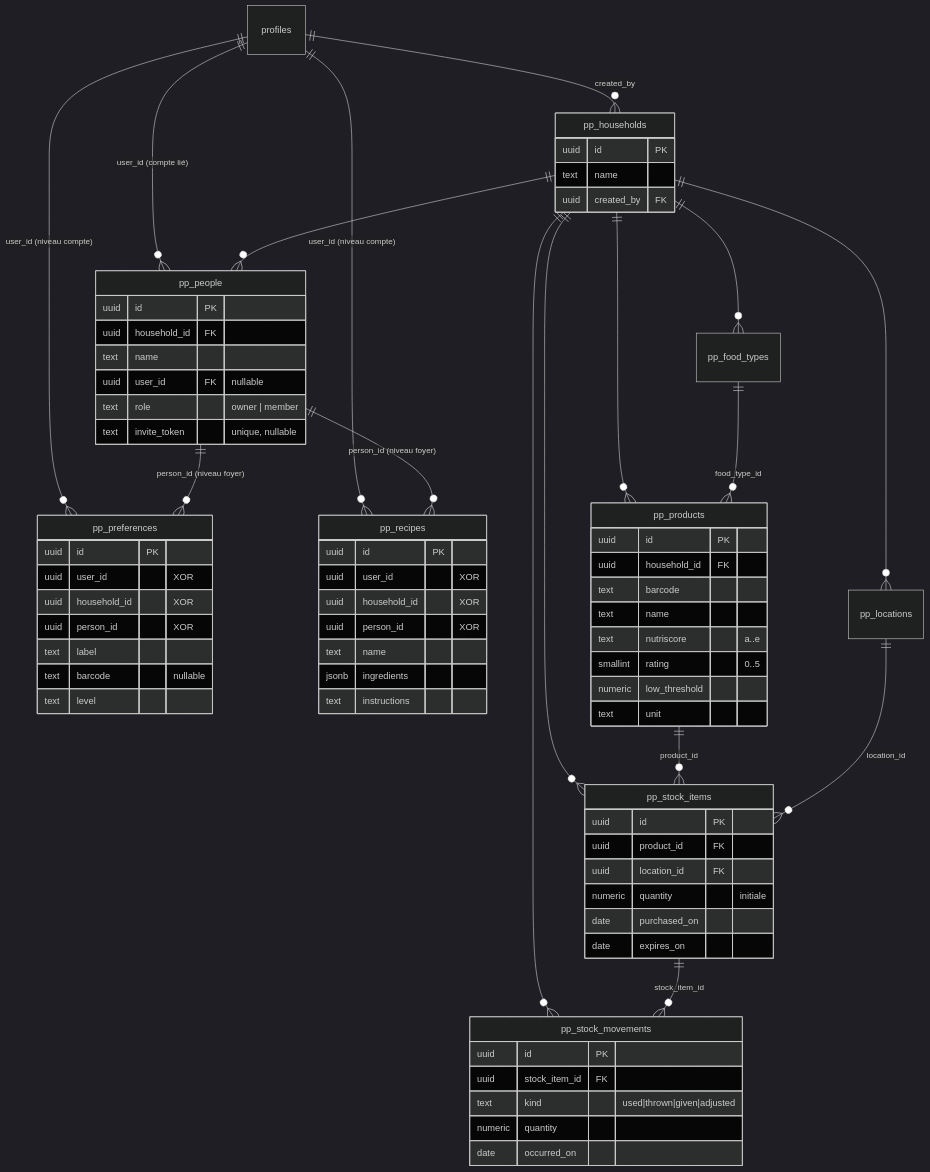
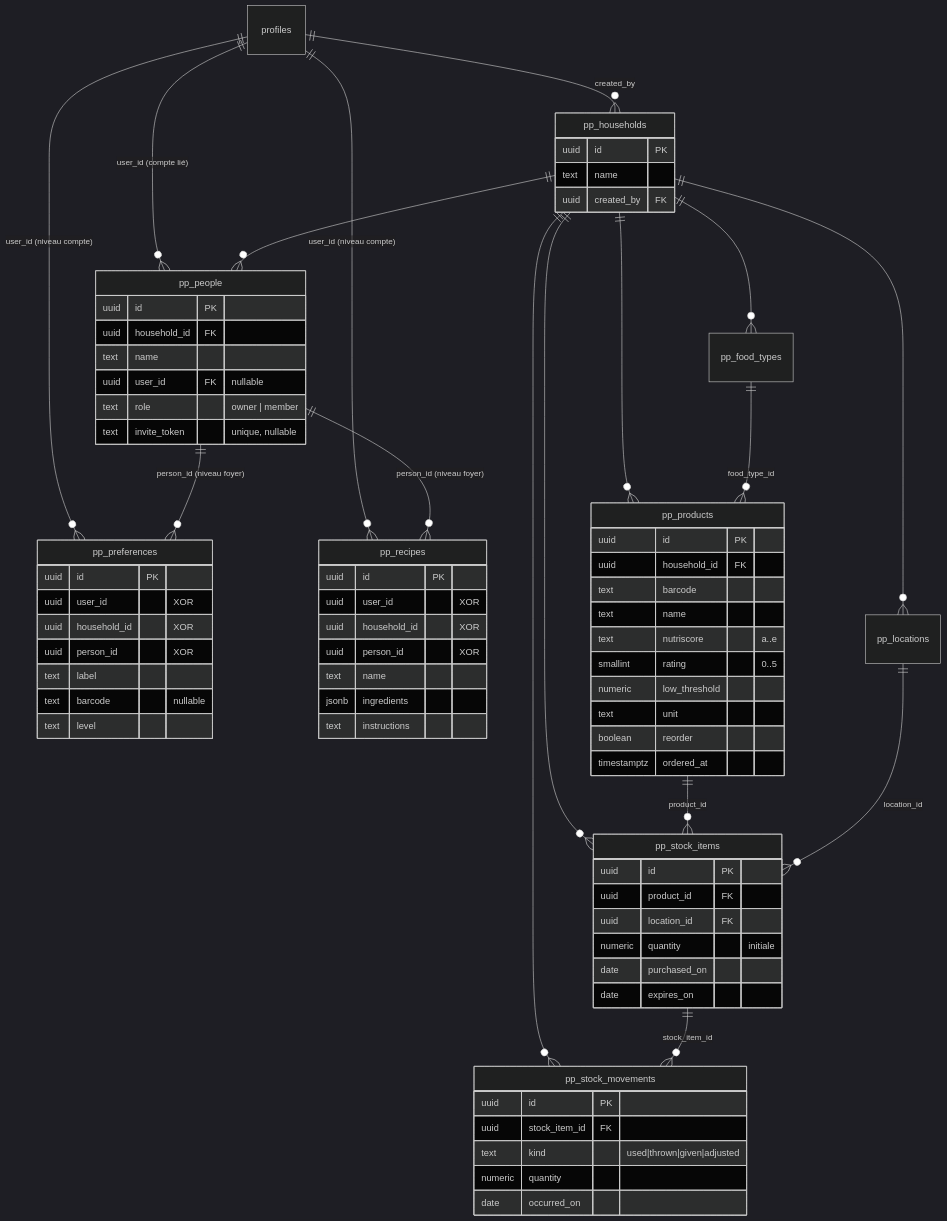
Before and after one commit to Jabbalh/PopotteEtPlacard: the diagram in docs/base-de-donnees.md, drawn with Mermaid (dark theme). The commit also changed other lines of this file and 11 other files, not shown here.

````diff
--- a/docs/base-de-donnees.md
+++ b/docs/base-de-donnees.md
@@ -50,79 +51,81 @@
 ```mermaid
 erDiagram
     profiles ||--o{ pp_households : "created_by"
     profiles ||--o{ pp_people : "user_id (compte lié)"
     profiles ||--o{ pp_preferences : "user_id (niveau compte)"
     profiles ||--o{ pp_recipes : "user_id (niveau compte)"
 
     pp_households ||--o{ pp_people : ""
     pp_households ||--o{ pp_locations : ""
     pp_households ||--o{ pp_food_types : ""
     pp_households ||--o{ pp_products : ""
     pp_households ||--o{ pp_stock_items : ""
     pp_households ||--o{ pp_stock_movements : ""
 
     pp_food_types ||--o{ pp_products : "food_type_id"
     pp_products ||--o{ pp_stock_items : "product_id"
     pp_locations ||--o{ pp_stock_items : "location_id"
     pp_stock_items ||--o{ pp_stock_movements : "stock_item_id"
 
     pp_people ||--o{ pp_preferences : "person_id (niveau foyer)"
     pp_people ||--o{ pp_recipes : "person_id (niveau foyer)"
 
     pp_households {
         uuid id PK
         text name
         uuid created_by FK
     }
     pp_people {
         uuid id PK
         uuid household_id FK
         text name
         uuid user_id FK "nullable"
         text role "owner | member"
         text invite_token "unique, nullable"
     }
     pp_products {
         uuid id PK
         uuid household_id FK
         text barcode
         text name
         text nutriscore "a..e"
         smallint rating "0..5"
         numeric low_threshold
         text unit
+        boolean reorder
+        timestamptz ordered_at
     }
     pp_stock_items {
         uuid id PK
         uuid product_id FK
         uuid location_id FK
         numeric quantity "initiale"
         date purchased_on
         date expires_on
     }
     pp_stock_movements {
         uuid id PK
         uuid stock_item_id FK
         text kind "used|thrown|given|adjusted"
         numeric quantity
         date occurred_on
     }
     pp_preferences {
         uuid id PK
         uuid user_id "XOR"
         uuid household_id "XOR"
         uuid person_id "XOR"
         text label
         text barcode "nullable"
         text level
     }
     pp_recipes {
         uuid id PK
         uuid user_id "XOR"
         uuid household_id "XOR"
         uuid person_id "XOR"
         text name
         jsonb ingredients
         text instructions
     }
 ```
````
